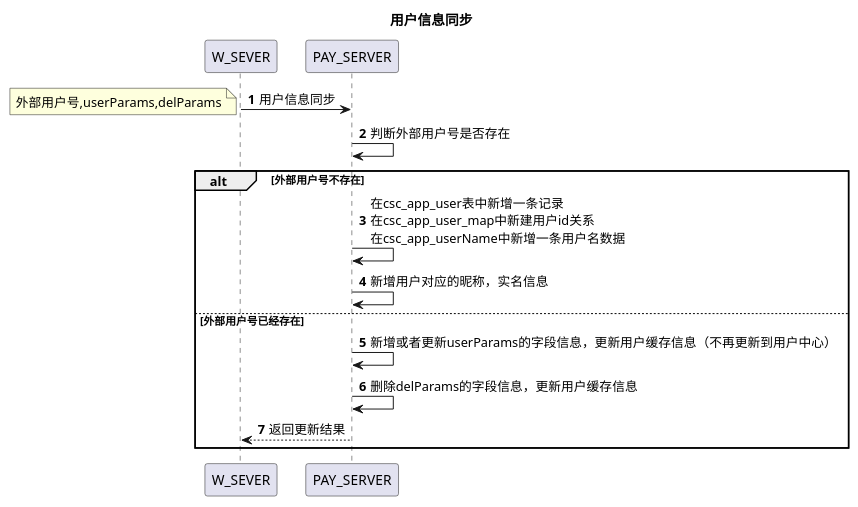
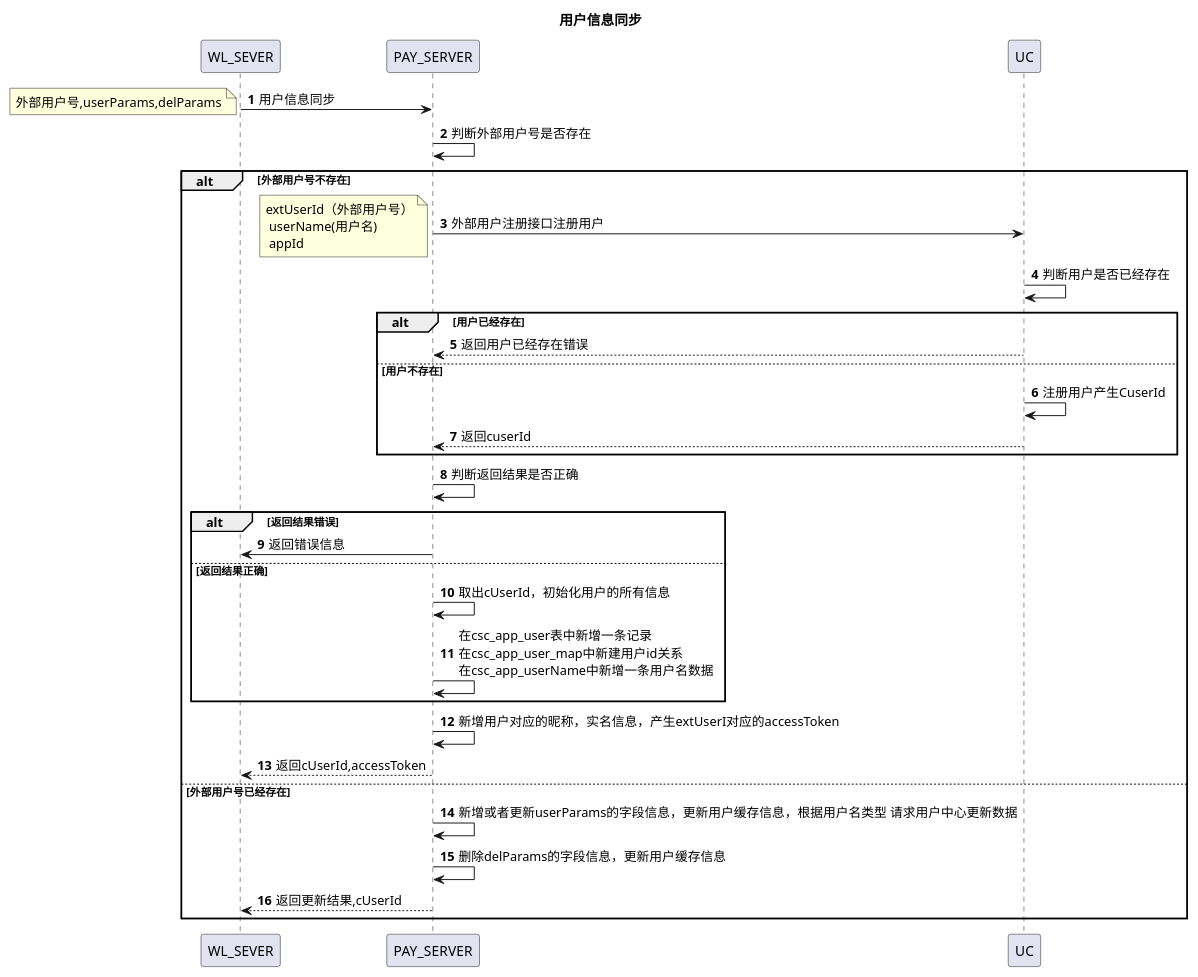
One commit to 13589080127/zc-test changed the diagram in doc/wpay/用户信息同步.puml. Above: the diagram before and after it, drawn with PlantUML. The commit also changed 6 other files, not shown here.

```diff
--- a/doc/wpay/用户信息同步.puml
+++ b/doc/wpay/用户信息同步.puml
@@ -1,15 +1,32 @@
 @startuml
 title:用户信息同步
 autonumber
-W_SEVER->PAY_SERVER:用户信息同步
+WL_SEVER->PAY_SERVER:用户信息同步
 note left:外部用户号,userParams,delParams
 PAY_SERVER->PAY_SERVER:判断外部用户号是否存在
 alt 外部用户号不存在
+PAY_SERVER->UC:外部用户注册接口注册用户
+note left:extUserId（外部用户号）\n userName(用户名) \n appId
+UC->UC:判断用户是否已经存在
+alt 用户已经存在
+UC-->PAY_SERVER:返回用户已经存在错误
+else 用户不存在
+UC->UC:注册用户产生CuserId
+UC-->PAY_SERVER:返回cuserId
+end
+PAY_SERVER->PAY_SERVER:判断返回结果是否正确
+alt 返回结果错误
+PAY_SERVER->WL_SEVER:返回错误信息
+else 返回结果正确
+PAY_SERVER->PAY_SERVER:取出cUserId，初始化用户的所有信息
 PAY_SERVER->PAY_SERVER:在csc_app_user表中新增一条记录\n在csc_app_user_map中新建用户id关系\n在csc_app_userName中新增一条用户名数据
-PAY_SERVER->PAY_SERVER:新增用户对应的昵称，实名信息
+end
+
+PAY_SERVER->PAY_SERVER:新增用户对应的昵称，实名信息，产生extUserI对应的accessToken
+PAY_SERVER-->WL_SEVER:返回cUserId,accessToken
 else 外部用户号已经存在
-PAY_SERVER->PAY_SERVER:新增或者更新userParams的字段信息，更新用户缓存信息（不再更新到用户中心）
+PAY_SERVER->PAY_SERVER:新增或者更新userParams的字段信息，更新用户缓存信息，根据用户名类型 请求用户中心更新数据
 PAY_SERVER->PAY_SERVER:删除delParams的字段信息，更新用户缓存信息
-PAY_SERVER-->W_SEVER:返回更新结果
+PAY_SERVER-->WL_SEVER:返回更新结果,cUserId
 end
 @enduml
```
